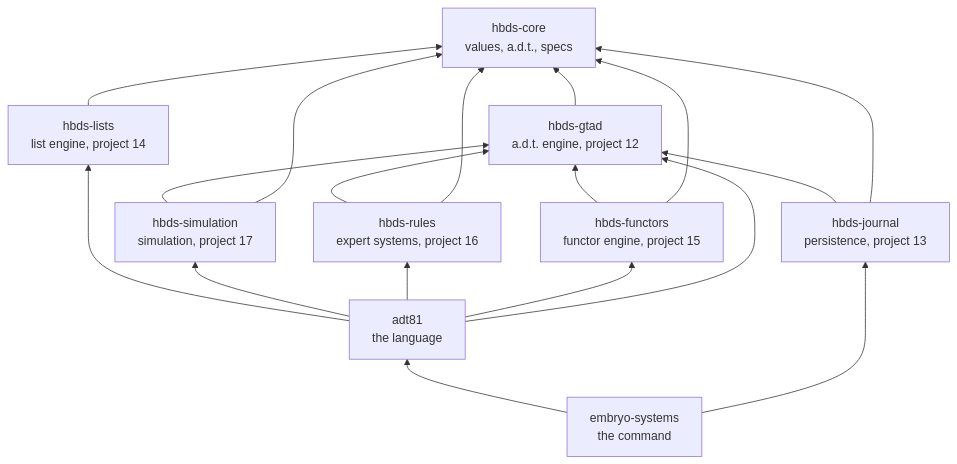
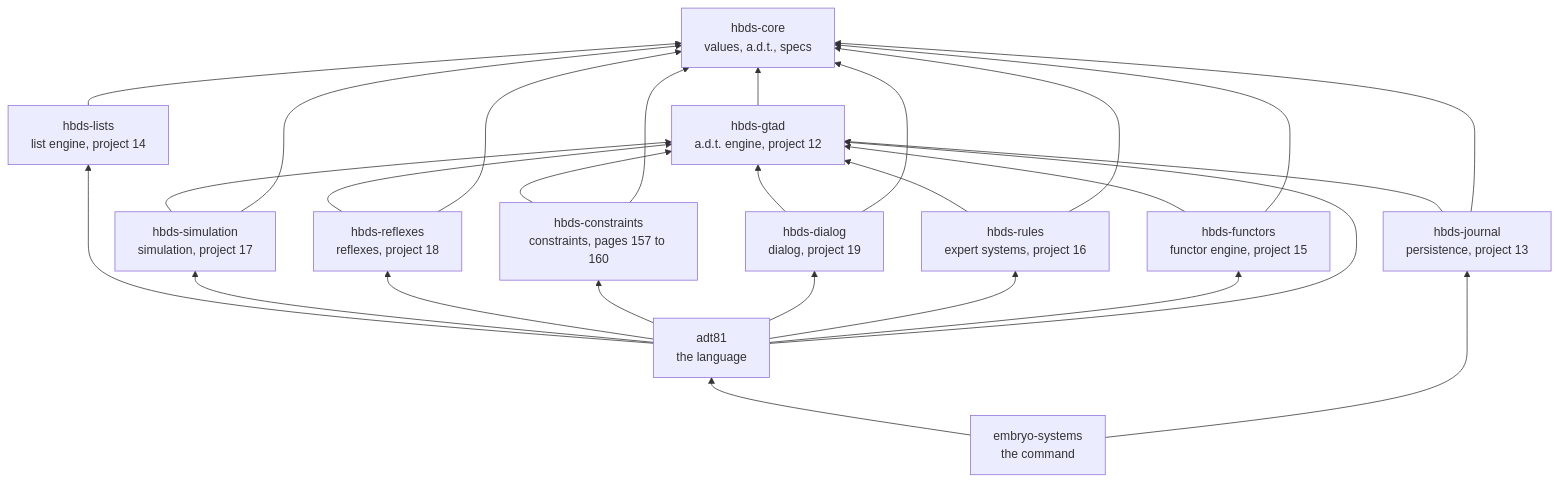
Before and after one commit to nrdufour/embryo-systems: the second of 2 diagrams in README.md, drawn with Mermaid. The commit also changed other lines of this file and 23 other files, not shown here.

````diff
--- a/README.md
+++ b/README.md
@@ -86,21 +90,30 @@
 ```mermaid
 flowchart BT
     core["hbds-core<br/>values, a.d.t., specs"]
     lists["hbds-lists<br/>list engine, project 14"] --> core
     gtad["hbds-gtad<br/>a.d.t. engine, project 12"] --> core
     functors["hbds-functors<br/>functor engine, project 15"] --> gtad
     functors --> core
     journal["hbds-journal<br/>persistence, project 13"] --> gtad
     journal --> core
     rules["hbds-rules<br/>expert systems, project 16"] --> gtad
     rules --> core
     sim["hbds-simulation<br/>simulation, project 17"] --> gtad
     sim --> core
+    reflexes["hbds-reflexes<br/>reflexes, project 18"] --> gtad
+    reflexes --> core
+    constraints["hbds-constraints<br/>constraints, pages 157 to 160"] --> gtad
+    constraints --> core
+    dialog["hbds-dialog<br/>dialog, project 19"] --> gtad
+    dialog --> core
     adt81["adt81<br/>the language"] --> lists
     adt81 --> sim
+    adt81 --> reflexes
+    adt81 --> constraints
+    adt81 --> dialog
     adt81 --> rules
     adt81 --> functors
     adt81 --> gtad
     cli["embryo-systems<br/>the command"] --> adt81
     cli --> journal
 ```
````
